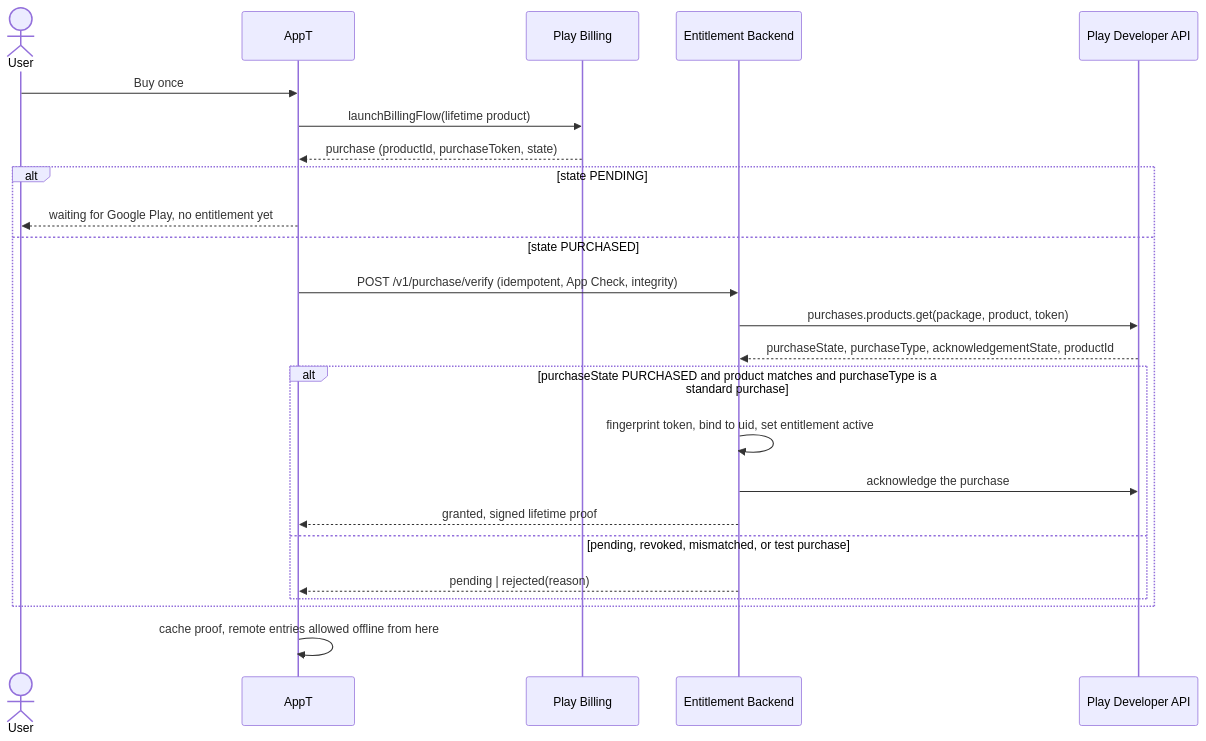
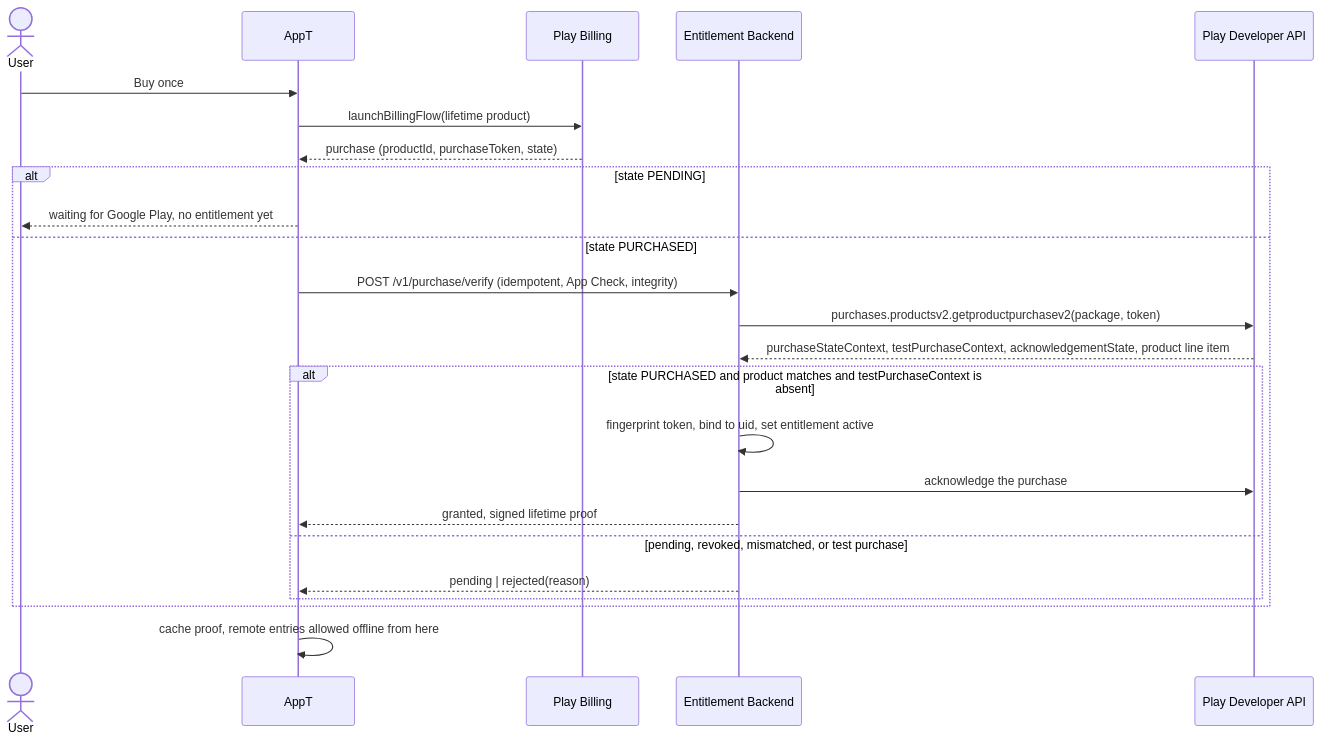
The third of 4 diagrams in docs/architecture/sync.md (anthracite-labs/AppT), drawn with Mermaid before and after one commit. The commit also changed other lines of this file, not shown here.

````diff
--- a/docs/architecture/sync.md
+++ b/docs/architecture/sync.md
@@ -328,27 +328,27 @@
 ```mermaid
 sequenceDiagram
   actor User
   participant App as AppT
   participant Play as Play Billing
   participant Fn as Entitlement Backend
   participant Api as Play Developer API
 
   User->>App: Buy once
   App->>Play: launchBillingFlow(lifetime product)
   Play-->>App: purchase (productId, purchaseToken, state)
   alt state PENDING
     App-->>User: waiting for Google Play, no entitlement yet
   else state PURCHASED
     App->>Fn: POST /v1/purchase/verify (idempotent, App Check, integrity)
-    Fn->>Api: purchases.products.get(package, product, token)
-    Api-->>Fn: purchaseState, purchaseType, acknowledgementState, productId
-    alt purchaseState PURCHASED and product matches and purchaseType is a standard purchase
+    Fn->>Api: purchases.productsv2.getproductpurchasev2(package, token)
+    Api-->>Fn: purchaseStateContext, testPurchaseContext, acknowledgementState, product line item
+    alt state PURCHASED and product matches and testPurchaseContext is absent
       Fn->>Fn: fingerprint token, bind to uid, set entitlement active
       Fn->>Api: acknowledge the purchase
       Fn-->>App: granted, signed lifetime proof
     else pending, revoked, mismatched, or test purchase
       Fn-->>App: pending | rejected(reason)
     end
   end
   App->>App: cache proof, remote entries allowed offline from here
 ```
````
